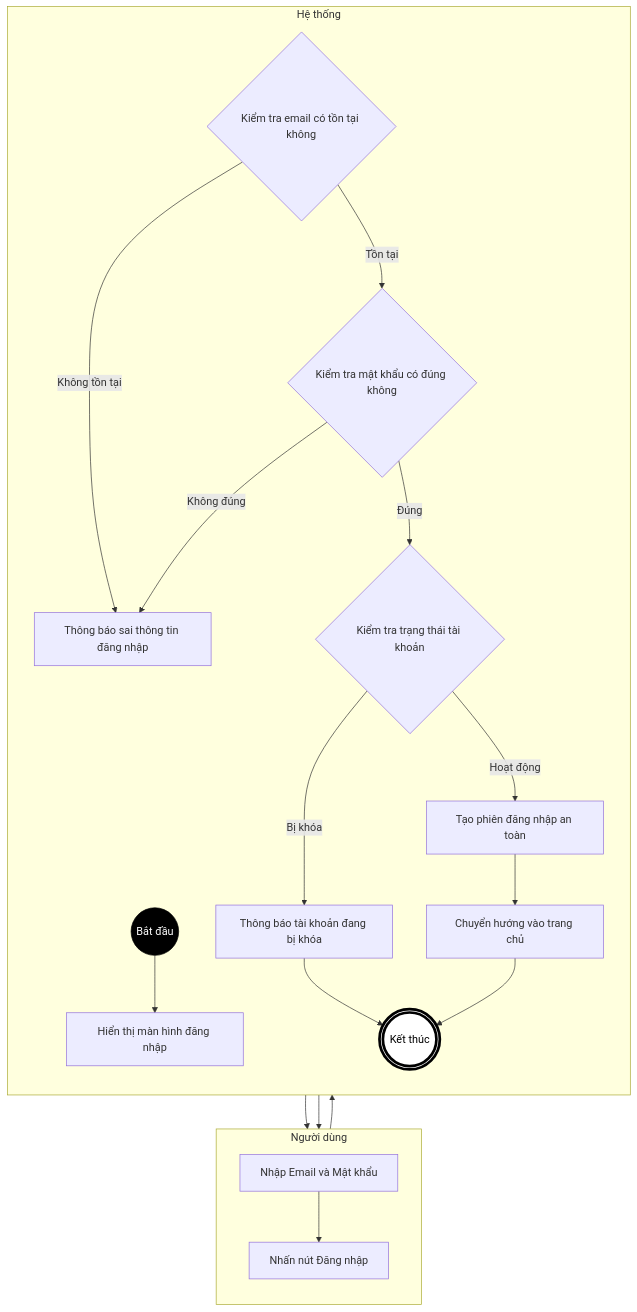
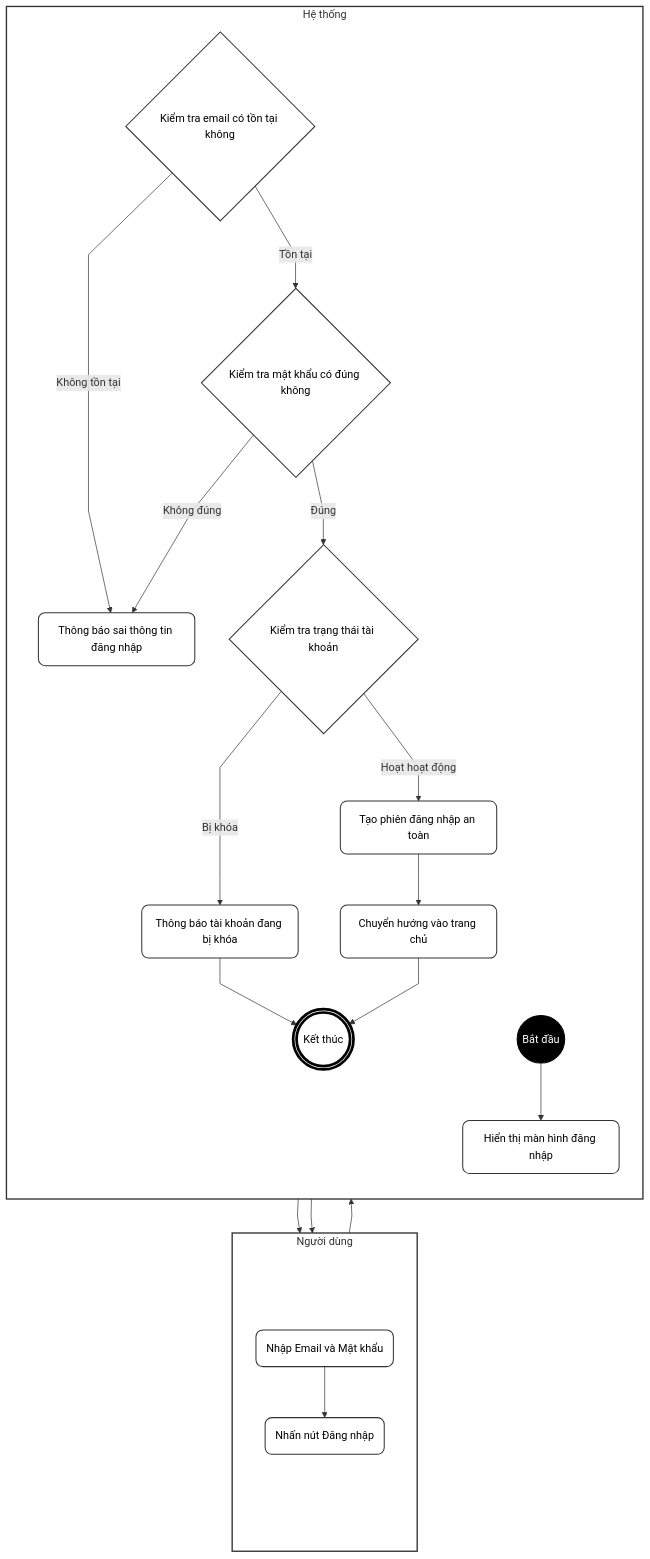
One commit to ChuDucAnh21/BE-quan-ly-su-kien changed the second of 9 diagrams in doc/system_analysis/activity diagram/08a_activity_auth_profile.md. Above: the diagram before and after it, drawn with Mermaid. The commit also changed other lines of this file and 26 other files, not shown here.

````diff
--- a/doc/system_analysis/activity diagram/08a_activity_auth_profile.md
+++ b/doc/system_analysis/activity diagram/08a_activity_auth_profile.md
@@ -56,43 +76,62 @@
 ```mermaid
+%%{init: {"flowchart": {"curve": "linear"}}}%%
 flowchart TD
+    classDef default fill:#fff,stroke:#333,stroke-width:1.5px,color:#000,rx:10px,ry:10px;
     classDef startNode fill:#000,stroke:#000,color:#fff;
     classDef endNode fill:#fff,stroke:#000,stroke-width:4px,color:#000;
+    classDef hidden fill:none,stroke:none,color:none;
 
     subgraph TacNhan [Người dùng]
         direction TB
-        A[Nhập Email và Mật khẩu]
-        B[Nhấn nút Đăng nhập]
+        T_start(" "):::hidden
+        A(Nhập Email và Mật khẩu)
+        B(Nhấn nút Đăng nhập)
+        T_end(" "):::hidden
     end
 
     subgraph HeThong [Hệ thống]
         direction TB
+        H_start(" "):::hidden
         Start((Bắt đầu)):::startNode
-        C[Hiển thị màn hình đăng nhập]
+        C(Hiển thị màn hình đăng nhập)
         D{Kiểm tra email có tồn tại không}
-        E[Thông báo sai thông tin đăng nhập]
+        E(Thông báo sai thông tin đăng nhập)
         F{Kiểm tra mật khẩu có đúng không}
         G{Kiểm tra trạng thái tài khoản}
-        H[Thông báo tài khoản đang bị khóa]
-        I[Tạo phiên đăng nhập an toàn]
-        J[Chuyển hướng vào trang chủ]
+        H(Thông báo tài khoản đang bị khóa)
+        I(Tạo phiên đăng nhập an toàn)
+        J(Chuyển hướng vào trang chủ)
         End(((Kết thúc))):::endNode
+        H_end(" "):::hidden
     end
+
+    T_start ~~~ H_start
+    T_end ~~~ H_end
+
+    T_start ~~~ A
+    B ~~~ T_end
+
+    H_start ~~~ Start
+    End ~~~ H_end
 
     Start --> C
     C --> A
     A --> B
     B --> D
     D -- Không tồn tại --> E
     E --> A
-    
+
     D -- Tồn tại --> F
     F -- Không đúng --> E
-    
+
     F -- Đúng --> G
     G -- Bị khóa --> H
     H --> End
-    
-    G -- Hoạt động --> I
+
+    G -- Hoạt hoạt động --> I
     I --> J
     J --> End
+
+    style TacNhan fill:#fff,stroke:#333,stroke-width:2px
+    style HeThong fill:#fff,stroke:#333,stroke-width:2px
 ```
````
